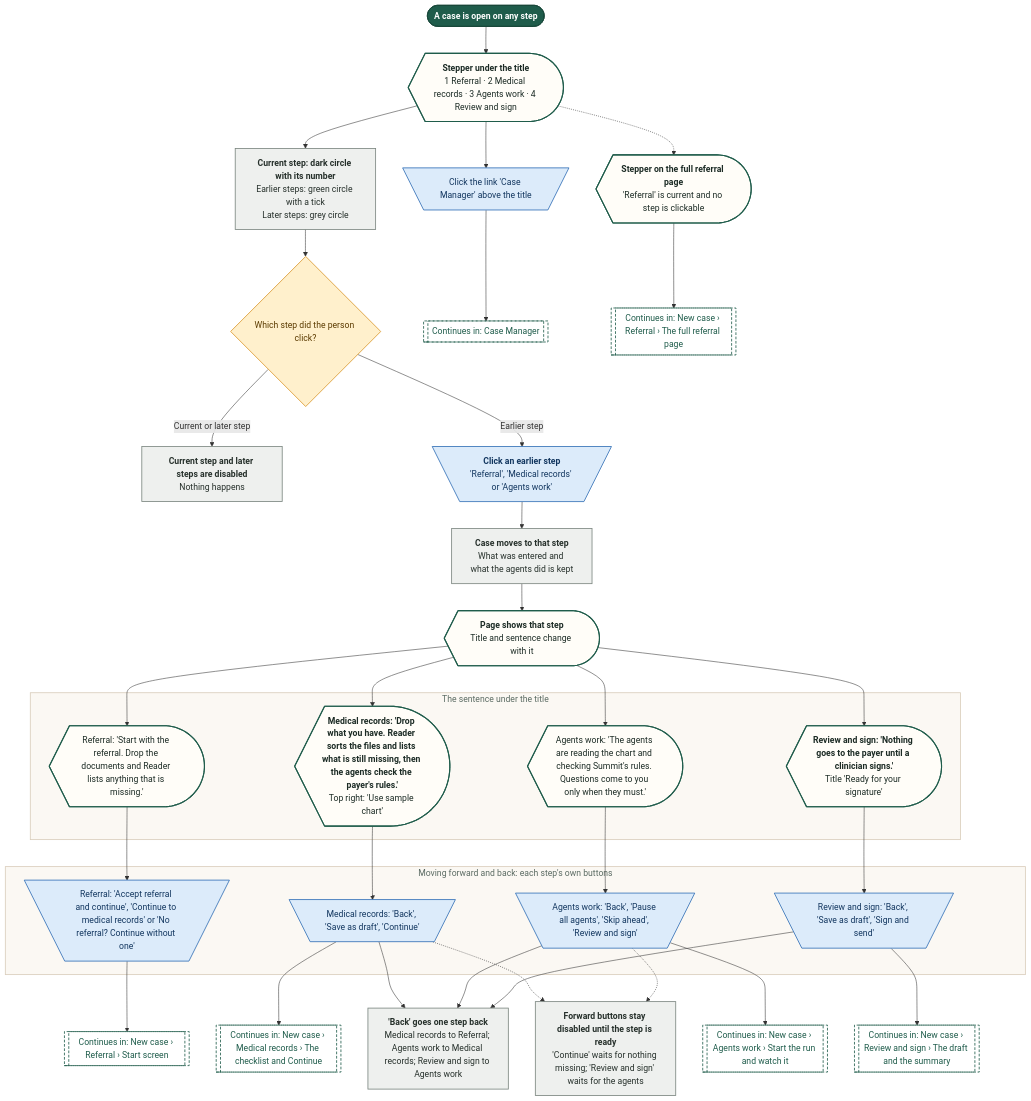
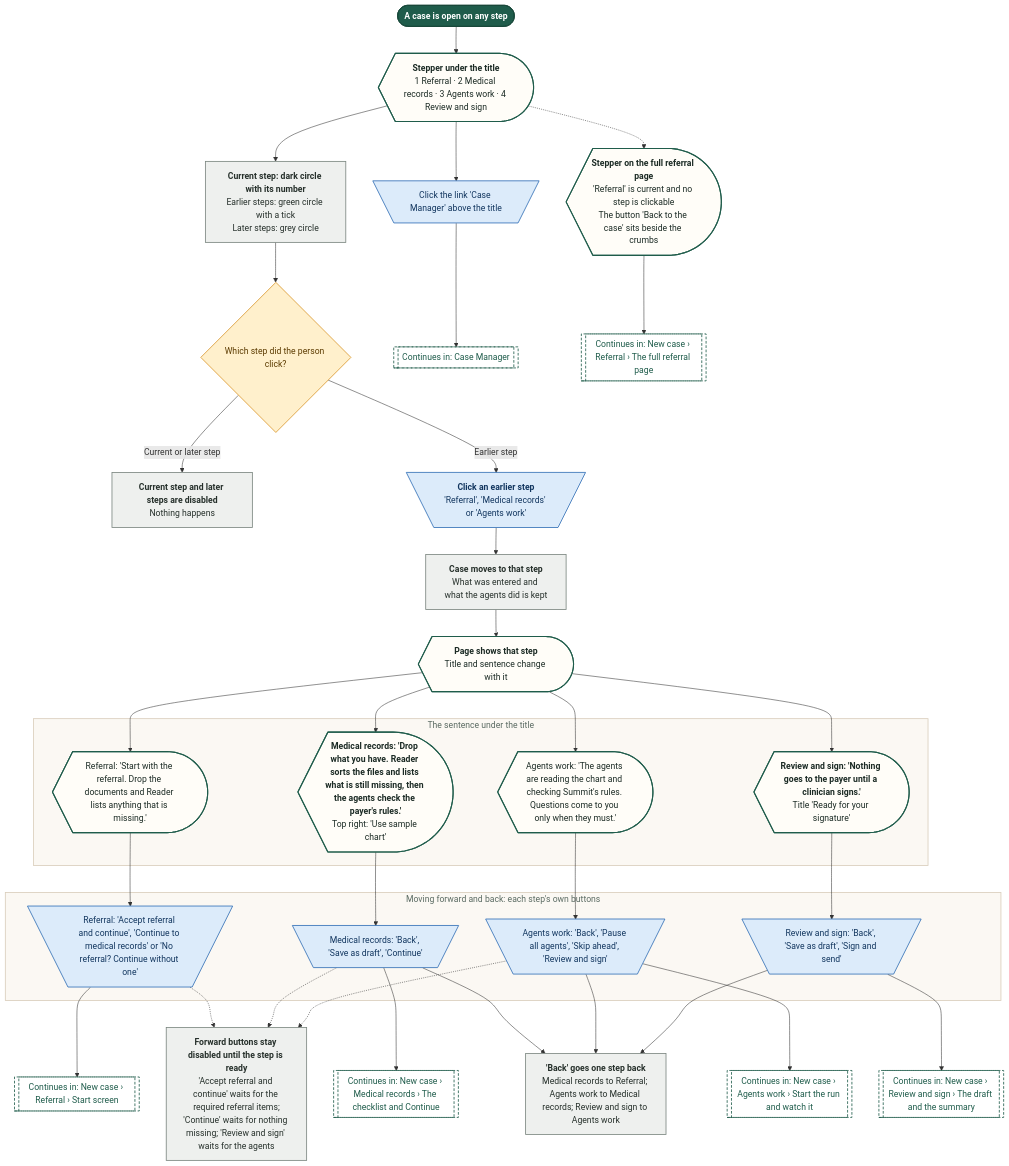
The second of 36 diagrams in demos/prior-auth-demo/workflows/out/md/04-new-case.md (Shrav143/psyfloapp), drawn with Mermaid before and after one commit. The commit also changed other lines of this file and 195 other files, not shown here.

First line of the commit message:
docs: Rebuild workflow diagrams after the demo fixes (220 diagrams)

````diff
--- a/demos/prior-auth-demo/workflows/out/md/04-new-case.md
+++ b/demos/prior-auth-demo/workflows/out/md/04-new-case.md
@@ -121,76 +121,77 @@
 ```mermaid
 %%{init: {"theme":"base","themeVariables":{"fontFamily":"'DM Sans', 'Segoe UI', system-ui, sans-serif","fontSize":"15px","lineColor":"#5B6B63","primaryTextColor":"#1C2B25","clusterBkg":"#FBF8F3","clusterBorder":"#D9CDBB","edgeLabelBackground":"#FFFFFF"},"flowchart":{"curve":"basis","nodeSpacing":36,"rankSpacing":48,"padding":12,"htmlLabels":true,"useMaxWidth":false,"wrappingWidth":230}} }%%
 flowchart TD
   classDef k_start fill:#1F5C4B,stroke:#174638,color:#FFFFFF,stroke-width:1.5px,font-weight:600
   classDef k_end fill:#DDEFE3,stroke:#2E7D4F,color:#14502F,stroke-width:1.5px,font-weight:600
   classDef k_endx fill:#FBE3E0,stroke:#C0392B,color:#7A1F16,stroke-width:1.5px,font-weight:600
   classDef k_screen fill:#FFFDF8,stroke:#1F5C4B,color:#1C2B25,stroke-width:2px
   classDef k_overlay fill:#F1F7F3,stroke:#1F5C4B,color:#1C2B25,stroke-width:2px,stroke-dasharray:5 3
   classDef k_click fill:#DCEBFA,stroke:#2F6DB5,color:#12365F,stroke-width:1.5px
   classDef k_input fill:#E4E7FF,stroke:#4C5FD5,color:#1D2670,stroke-width:1.5px
   classDef k_process fill:#EEF0EE,stroke:#7A857F,color:#26302B,stroke-width:1.5px
   classDef k_agent fill:#EEE5FA,stroke:#7A4FC2,color:#341A63,stroke-width:1.5px
   classDef k_decision fill:#FFF0CC,stroke:#D9962B,color:#5C3B00,stroke-width:1.5px
   classDef k_store fill:#D5F0EA,stroke:#1C8E7B,color:#0B4A3F,stroke-width:1.5px
   classDef k_doc fill:#F6E9DC,stroke:#B07A4C,color:#4A2E14,stroke-width:1.5px
   classDef k_ext fill:#FFE6D2,stroke:#E07B39,color:#6B2F06,stroke-width:1.5px
   classDef k_wait fill:#E4E8EE,stroke:#6B7C93,color:#26303D,stroke-width:1.5px
   classDef k_toast fill:#FFF9DB,stroke:#C9A400,color:#5A4A00,stroke-width:1.5px
   classDef k_goto fill:#FFFFFF,stroke:#1F5C4B,color:#1F5C4B,stroke-width:1.5px,stroke-dasharray:5 3
   s1@{ shape: stadium, label: "A case is open on any step" }
   sc1@{ shape: curv-trap, label: "<b>Stepper under the title</b><br/>1 Referral · 2 Medical records · 3 Agents work · 4 Review and sign" }
   p1@{ shape: rect, label: "<b>Current step: dark circle with its number</b><br/>Earlier steps: green circle with a tick<br/>Later steps: grey circle" }
   d1@{ shape: diam, label: "Which step did the person click?" }
   pNo@{ shape: rect, label: "<b>Current step and later steps are disabled</b><br/>Nothing happens" }
   c1@{ shape: trap-t, label: "<b>Click an earlier step</b><br/>'Referral', 'Medical records' or 'Agents work'" }
   p2@{ shape: rect, label: "<b>Case moves to that step</b><br/>What was entered and what the agents did is kept" }
   sc2@{ shape: curv-trap, label: "<b>Page shows that step</b><br/>Title and sentence change with it" }
   subgraph gSub ["The sentence under the title"]
   t1@{ shape: curv-trap, label: "Referral: 'Start with the referral. Drop the documents and Reader lists anything that is missing.'" }
   t2@{ shape: curv-trap, label: "<b>Medical records: 'Drop what you have. Reader sorts the files and lists what is still missing, then the agents check the payer's rules.'</b><br/>Top right: 'Use sample chart'" }
   t3@{ shape: curv-trap, label: "Agents work: 'The agents are reading the chart and checking Summit's rules. Questions come to you only when they must.'" }
   t4@{ shape: curv-trap, label: "<b>Review and sign: 'Nothing goes to the payer until a clinician signs.'</b><br/>Title 'Ready for your signature'" }
   end
   subgraph gFwd ["Moving forward and back: each step's own buttons"]
   b1@{ shape: trap-t, label: "Referral: 'Accept referral and continue', 'Continue to medical records' or 'No referral? Continue without one'" }
   b2@{ shape: trap-t, label: "Medical records: 'Back', 'Save as draft', 'Continue'" }
   b3@{ shape: trap-t, label: "Agents work: 'Back', 'Pause all agents', 'Skip ahead', 'Review and sign'" }
   b4@{ shape: trap-t, label: "Review and sign: 'Back', 'Save as draft', 'Sign and send'" }
   end
   pBack@{ shape: rect, label: "<b>'Back' goes one step back</b><br/>Medical records to Referral; Agents work to Medical records; Review and sign to Agents work" }
-  pNext@{ shape: rect, label: "<b>Forward buttons stay disabled until the step is ready</b><br/>'Continue' waits for nothing missing; 'Review and sign' waits for the agents" }
+  pNext@{ shape: rect, label: "<b>Forward buttons stay disabled until the step is ready</b><br/>'Accept referral and continue' waits for the required referral items;<br/>'Continue' waits for nothing missing; 'Review and sign' waits for the agents" }
   cLink@{ shape: trap-t, label: "Click the link 'Case Manager' above the title" }
   gCm@{ shape: subproc, label: "Continues in: Case Manager" }
-  sFull@{ shape: curv-trap, label: "<b>Stepper on the full referral page</b><br/>'Referral' is current and no step is clickable" }
+  sFull@{ shape: curv-trap, label: "<b>Stepper on the full referral page</b><br/>'Referral' is current and no step is clickable<br/>The button 'Back to the case' sits beside the crumbs" }
   gFull@{ shape: subproc, label: "Continues in: New case › Referral › The full referral page" }
   g1@{ shape: subproc, label: "Continues in: New case › Referral › Start screen" }
   g2@{ shape: subproc, label: "Continues in: New case › Medical records › The checklist and Continue" }
   g3@{ shape: subproc, label: "Continues in: New case › Agents work › Start the run and watch it" }
   g4@{ shape: subproc, label: "Continues in: New case › Review and sign › The draft and the summary" }
   s1 --> sc1 --> p1 --> d1
   d1 -->|"Current or later step"| pNo
   d1 -->|"Earlier step"| c1 --> p2 --> sc2
   sc2 --> t1
   sc2 --> t2
   sc2 --> t3
   sc2 --> t4
   t1 --> b1 --> g1
   t2 --> b2 --> g2
   t3 --> b3 --> g3
   t4 --> b4 --> g4
   b2 --> pBack
   b3 --> pBack
   b4 --> pBack
+  b1 -.-> pNext
   b2 -.-> pNext
   b3 -.-> pNext
   sc1 --> cLink --> gCm
   sc1 -.-> sFull --> gFull
   class s1 k_start
   class sc1,sc2,t1,t2,t3,t4,sFull k_screen
   class p1,pNo,p2,pBack,pNext k_process
   class d1 k_decision
   class c1,b1,b2,b3,b4,cLink k_click
   class gCm,gFull,g1,g2,g3,g4 k_goto
   style gSub fill:#FBF8F3,stroke:#D9CDBB,stroke-width:1.5px,color:#5B6B63
   style gFwd fill:#FBF8F3,stroke:#D9CDBB,stroke-width:1.5px,color:#5B6B63
 ```
````
